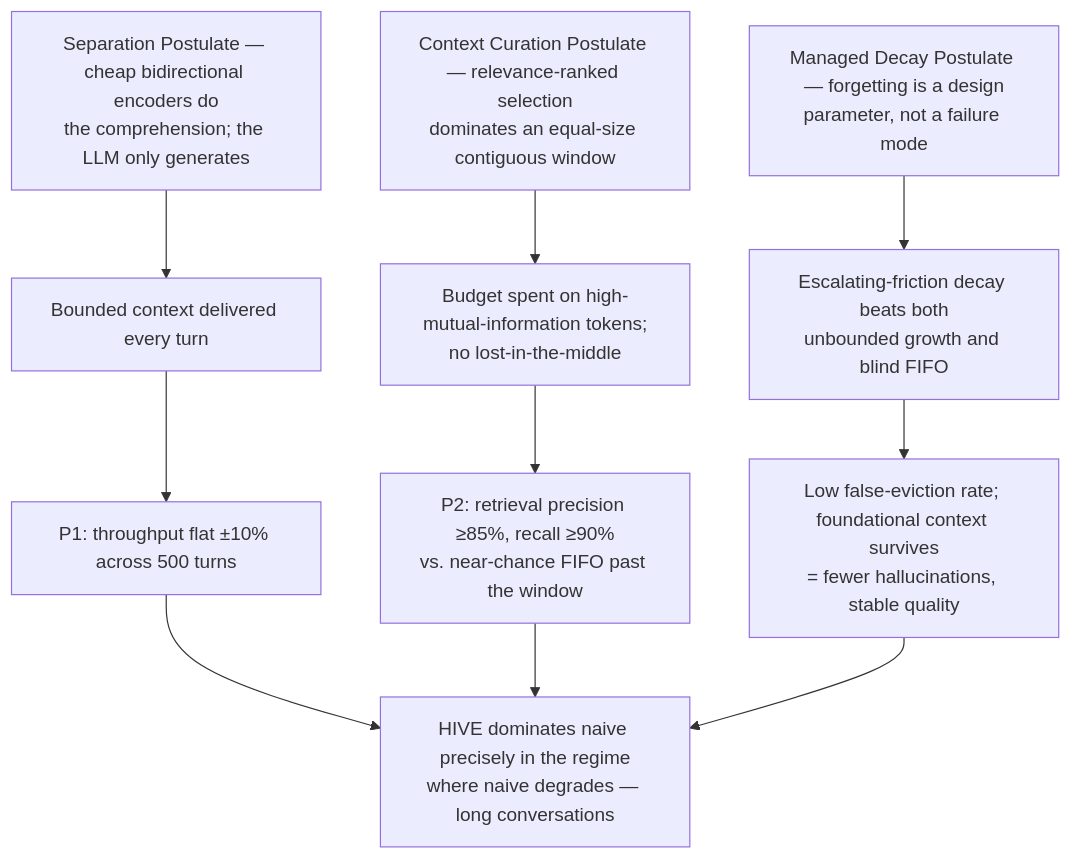
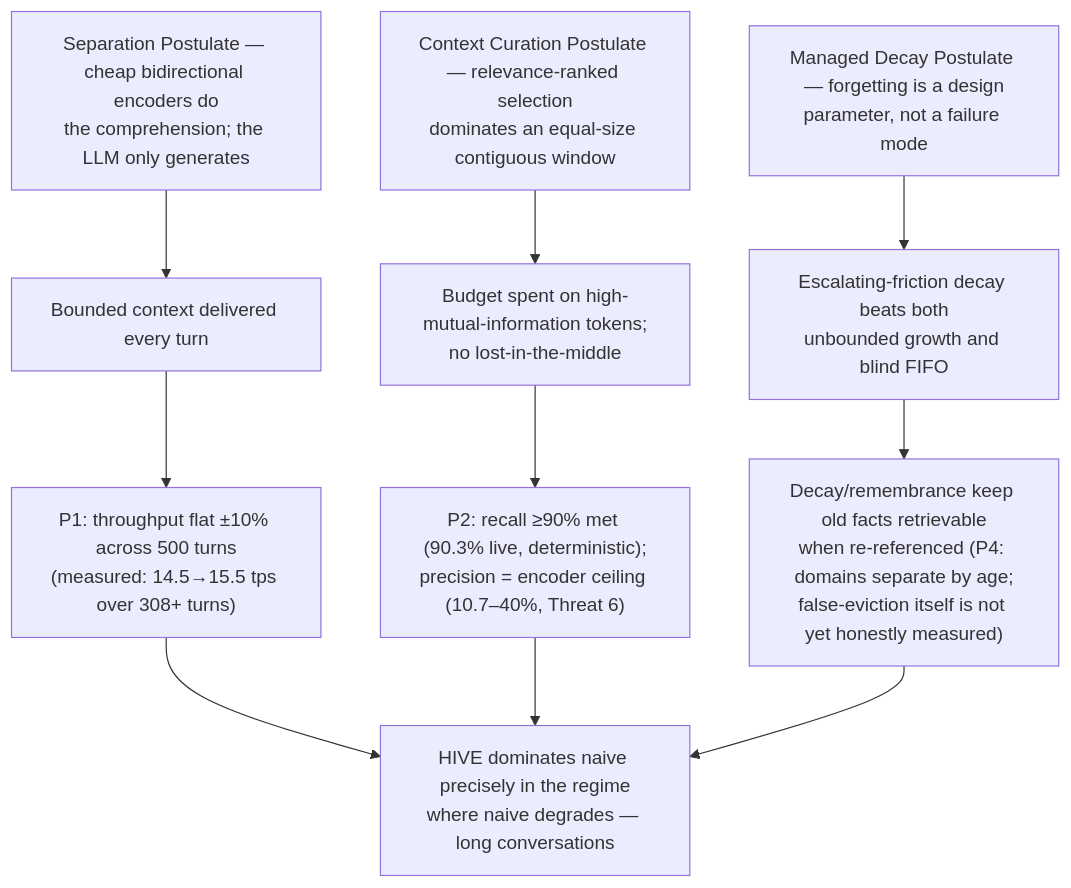
Before and after one commit to sky-is-green/hive-memory: the fourth of 11 diagrams in HIVE-DIAGRAMS.md, drawn with Mermaid. The commit also changed other lines of this file and 273 other files, not shown here.

````diff
--- a/HIVE-DIAGRAMS.md
+++ b/HIVE-DIAGRAMS.md
@@ -98,15 +106,15 @@
 ```mermaid
 flowchart TB
     S1["Separation Postulate — cheap bidirectional encoders do<br/>the comprehension; the LLM only generates"] --> B1["Bounded context delivered every turn"]
     C1["Context Curation Postulate — relevance-ranked selection<br/>dominates an equal-size contiguous window"] --> B2["Budget spent on high-mutual-information tokens;<br/>no lost-in-the-middle"]
     M1["Managed Decay Postulate — forgetting is a design<br/>parameter, not a failure mode"] --> B3["Escalating-friction decay beats both<br/>unbounded growth and blind FIFO"]
 
-    B1 --> O1["P1: throughput flat ±10% across 500 turns"]
-    B2 --> O2["P2: retrieval precision ≥85%, recall ≥90%<br/>vs. near-chance FIFO past the window"]
-    B3 --> O3["Low false-eviction rate; foundational context survives<br/>= fewer hallucinations, stable quality"]
+    B1 --> O1["P1: throughput flat ±10% across 500 turns<br/>(measured: 14.5→15.5 tps over 308+ turns)"]
+    B2 --> O2["P2: recall ≥90% met (90.3% live, deterministic);<br/>precision = encoder ceiling (10.7–40%, Threat 6)"]
+    B3 --> O3["Decay/remembrance keep old facts retrievable<br/>when re-referenced (P4: domains separate by age;<br/>false-eviction itself is not yet honestly measured)"]
 
     O1 --> WIN
     O2 --> WIN
     O3 --> WIN
     WIN["HIVE dominates naive precisely in the regime<br/>where naive degrades — long conversations"]
 ```
````
